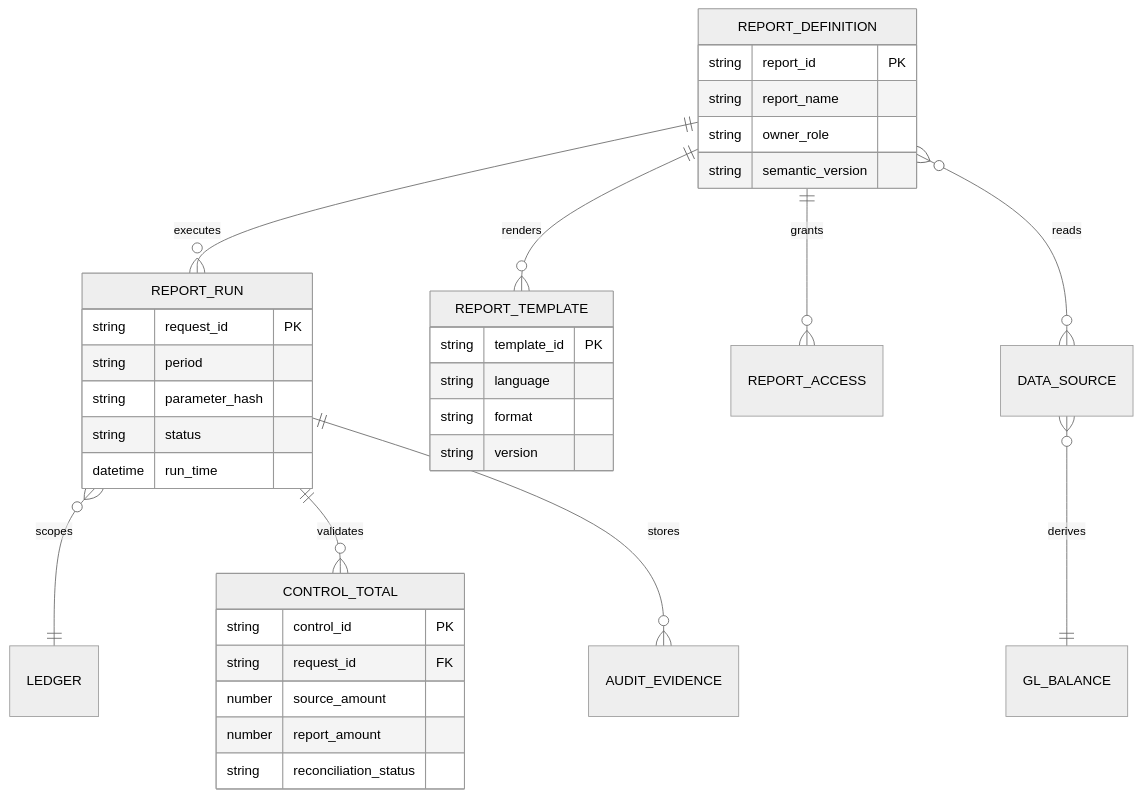
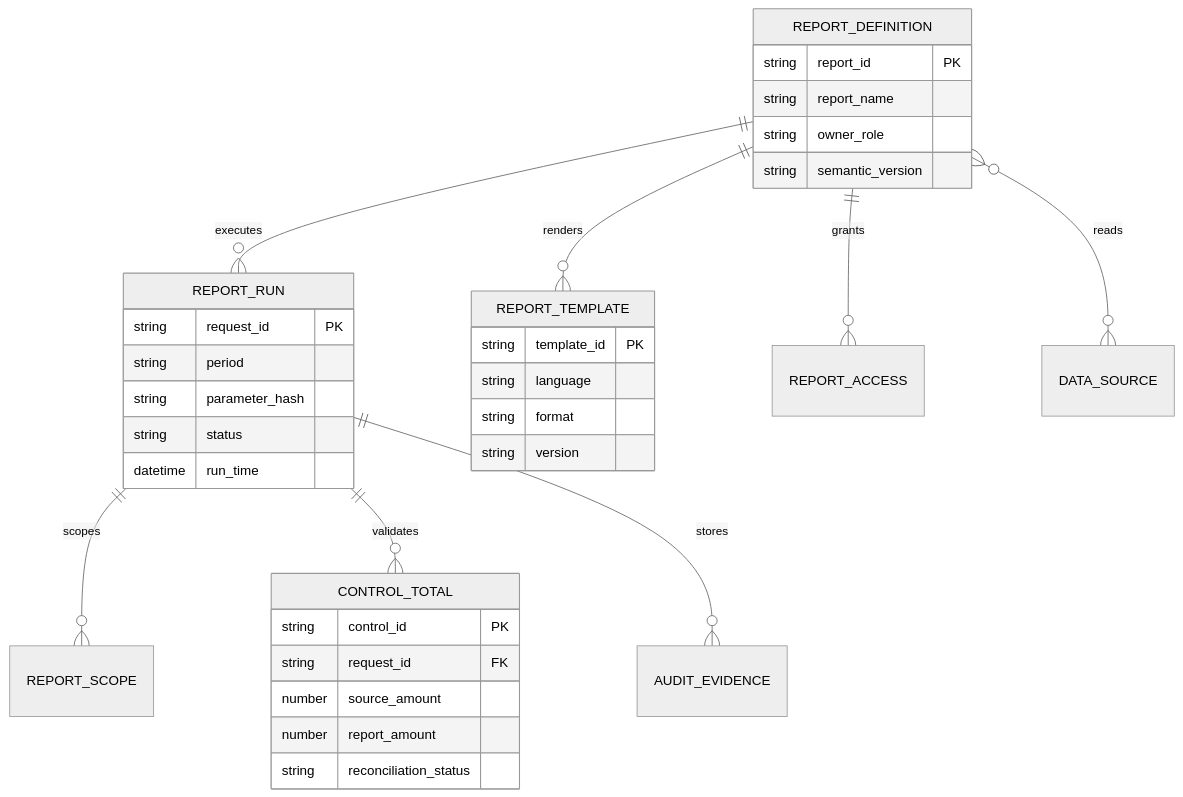
The second of 7 diagrams in docs/08-reporting-governance.md (YaodongJava/oracle-ebs), drawn with Mermaid (neutral theme) before and after one commit. The commit also changed other lines of this file and 1 other file, not shown here.

````diff
--- a/docs/08-reporting-governance.md
+++ b/docs/08-reporting-governance.md
@@ -33,37 +41,36 @@
 ```mermaid
 erDiagram
     REPORT_DEFINITION ||--o{ REPORT_RUN : executes
     REPORT_DEFINITION ||--o{ REPORT_TEMPLATE : renders
     REPORT_DEFINITION ||--o{ REPORT_ACCESS : grants
-    REPORT_RUN }o--|| LEDGER : scopes
+    REPORT_RUN ||--o{ REPORT_SCOPE : scopes
     REPORT_RUN ||--o{ CONTROL_TOTAL : validates
     REPORT_DEFINITION }o--o{ DATA_SOURCE : reads
-    DATA_SOURCE }o--|| GL_BALANCE : derives
     REPORT_RUN ||--o{ AUDIT_EVIDENCE : stores
     REPORT_DEFINITION {
         string report_id PK
         string report_name
         string owner_role
         string semantic_version
     }
     REPORT_RUN {
         string request_id PK
         string period
         string parameter_hash
         string status
         datetime run_time
     }
     REPORT_TEMPLATE {
         string template_id PK
         string language
         string format
         string version
     }
     CONTROL_TOTAL {
         string control_id PK
         string request_id FK
         number source_amount
         number report_amount
         string reconciliation_status
     }
 ```
````
